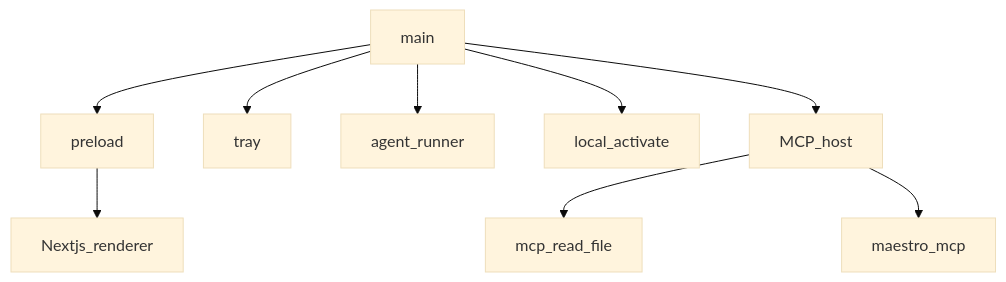
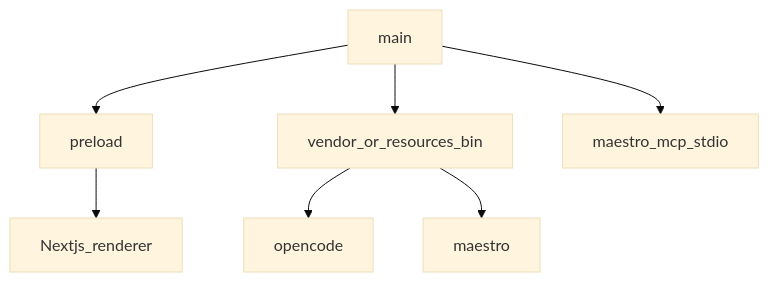
Before and after one commit to emrahyasinisik/Cherry: the first of 2 diagrams in docs/desktop.md, drawn with Mermaid (base theme). The commit also changed other lines of this file and 42 other files, not shown here.

First line of the commit message:
Add local activate, Maestro run/skip, and bundled sidecars.

````diff
--- a/docs/desktop.md
+++ b/docs/desktop.md
@@ -11,18 +11,14 @@
 ```mermaid
 flowchart TB
   Main[main]
   Preload[preload]
   Renderer[Nextjs_renderer]
-  Tray[tray]
-  Runner[agent_runner]
-  Activate[local_activate]
-  McpHost[MCP_host]
+  Sidecar[vendor_or_resources_bin]
+  McpHost[maestro_mcp_stdio]
   Main --> Preload
   Preload --> Renderer
-  Main --> Tray
-  Main --> Runner
-  Main --> Activate
+  Main --> Sidecar
   Main --> McpHost
-  McpHost --> ReadFile[mcp_read_file]
-  McpHost --> Maestro[maestro_mcp]
+  Sidecar --> OC[opencode]
+  Sidecar --> Maestro[maestro]
 ```
````
